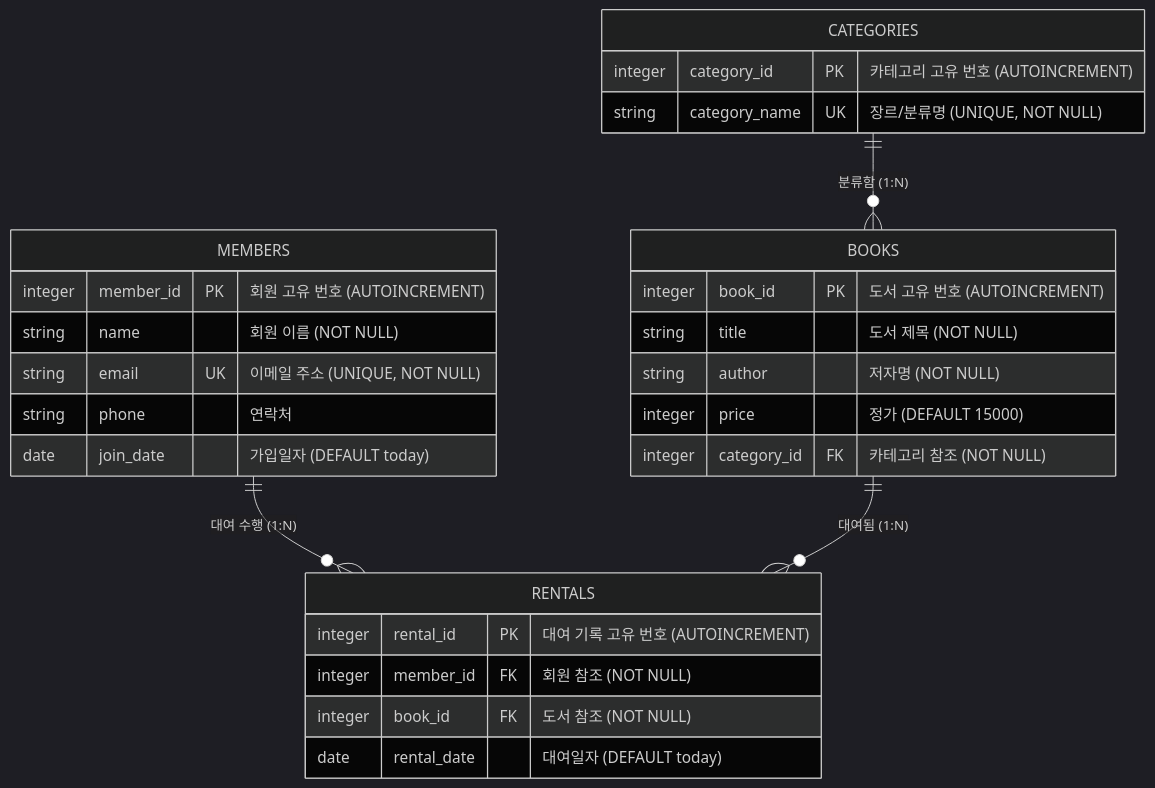
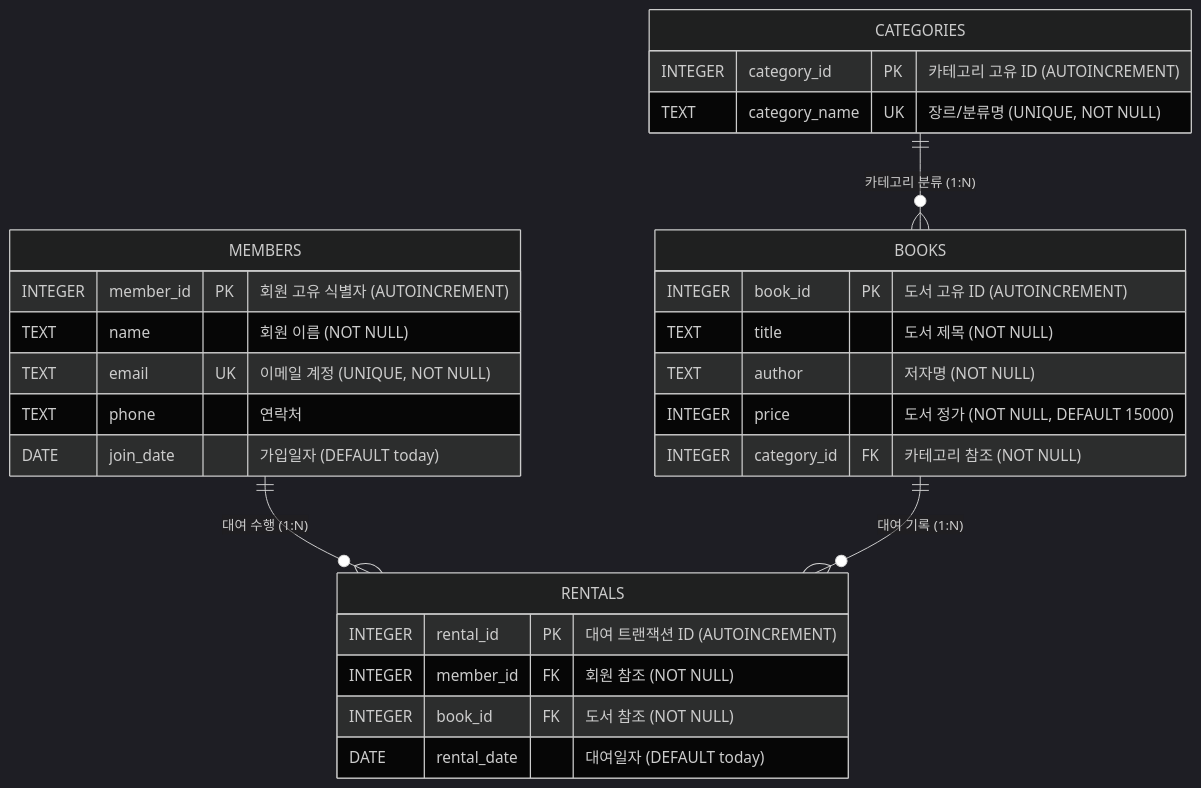
The diagram in README.md (gdone9009/sql-db), drawn with Mermaid (dark theme) before and after one commit. The commit also changed other lines of this file and 6 other files, not shown here.

````diff
--- a/README.md
+++ b/README.md
@@ -37,34 +50,34 @@
 ```mermaid
 erDiagram
     MEMBERS ||--o{ RENTALS : "대여 수행 (1:N)"
-    BOOKS ||--o{ RENTALS : "대여됨 (1:N)"
-    CATEGORIES ||--o{ BOOKS : "분류함 (1:N)"
+    BOOKS ||--o{ RENTALS : "대여 기록 (1:N)"
+    CATEGORIES ||--o{ BOOKS : "카테고리 분류 (1:N)"
 
     MEMBERS {
-        integer member_id PK "회원 고유 번호 (AUTOINCREMENT)"
-        string name "회원 이름 (NOT NULL)"
-        string email UK "이메일 주소 (UNIQUE, NOT NULL)"
-        string phone "연락처"
-        date join_date "가입일자 (DEFAULT today)"
+        INTEGER member_id PK "회원 고유 식별자 (AUTOINCREMENT)"
+        TEXT name "회원 이름 (NOT NULL)"
+        TEXT email UK "이메일 계정 (UNIQUE, NOT NULL)"
+        TEXT phone "연락처"
+        DATE join_date "가입일자 (DEFAULT today)"
     }
 
     CATEGORIES {
-        integer category_id PK "카테고리 고유 번호 (AUTOINCREMENT)"
-        string category_name UK "장르/분류명 (UNIQUE, NOT NULL)"
+        INTEGER category_id PK "카테고리 고유 ID (AUTOINCREMENT)"
+        TEXT category_name UK "장르/분류명 (UNIQUE, NOT NULL)"
     }
 
     BOOKS {
-        integer book_id PK "도서 고유 번호 (AUTOINCREMENT)"
-        string title "도서 제목 (NOT NULL)"
-        string author "저자명 (NOT NULL)"
-        integer price "정가 (DEFAULT 15000)"
-        integer category_id FK "카테고리 참조 (NOT NULL)"
+        INTEGER book_id PK "도서 고유 ID (AUTOINCREMENT)"
+        TEXT title "도서 제목 (NOT NULL)"
+        TEXT author "저자명 (NOT NULL)"
+        INTEGER price "도서 정가 (NOT NULL, DEFAULT 15000)"
+        INTEGER category_id FK "카테고리 참조 (NOT NULL)"
     }
 
     RENTALS {
-        integer rental_id PK "대여 기록 고유 번호 (AUTOINCREMENT)"
-        integer member_id FK "회원 참조 (NOT NULL)"
-        integer book_id FK "도서 참조 (NOT NULL)"
-        date rental_date "대여일자 (DEFAULT today)"
+        INTEGER rental_id PK "대여 트랜잭션 ID (AUTOINCREMENT)"
+        INTEGER member_id FK "회원 참조 (NOT NULL)"
+        INTEGER book_id FK "도서 참조 (NOT NULL)"
+        DATE rental_date "대여일자 (DEFAULT today)"
     }
 ```
````
